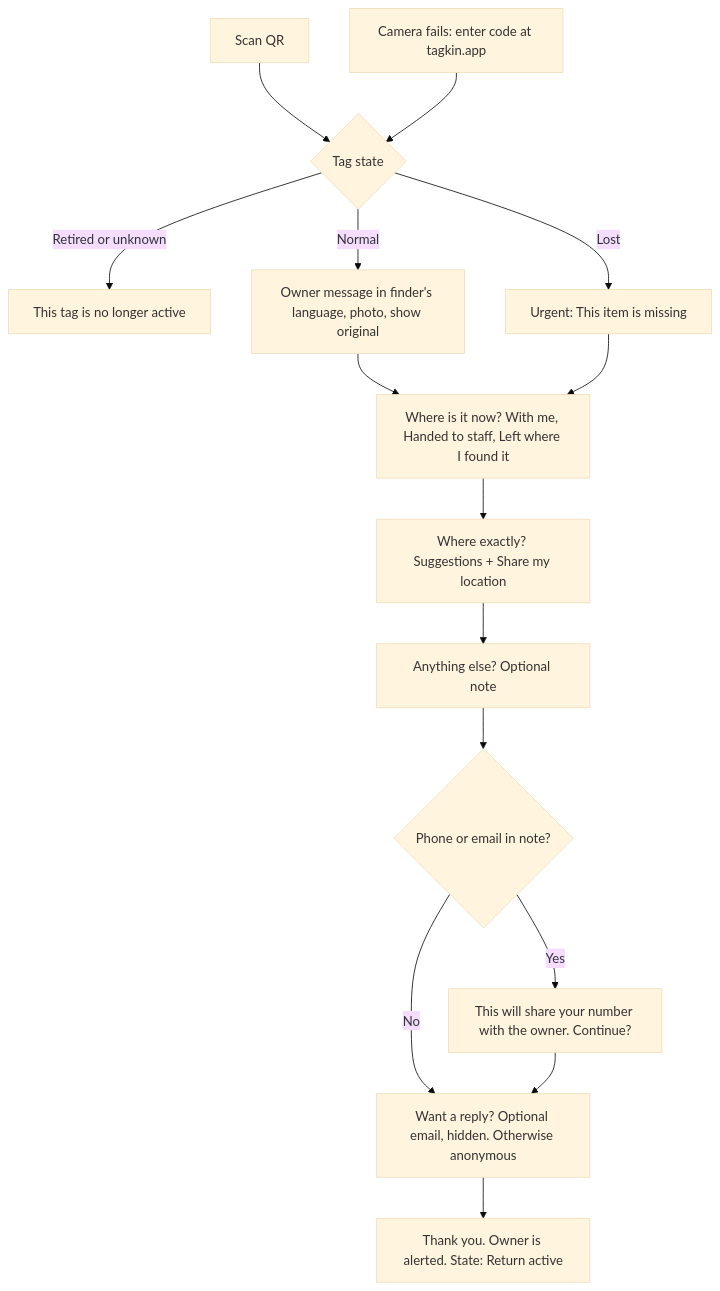
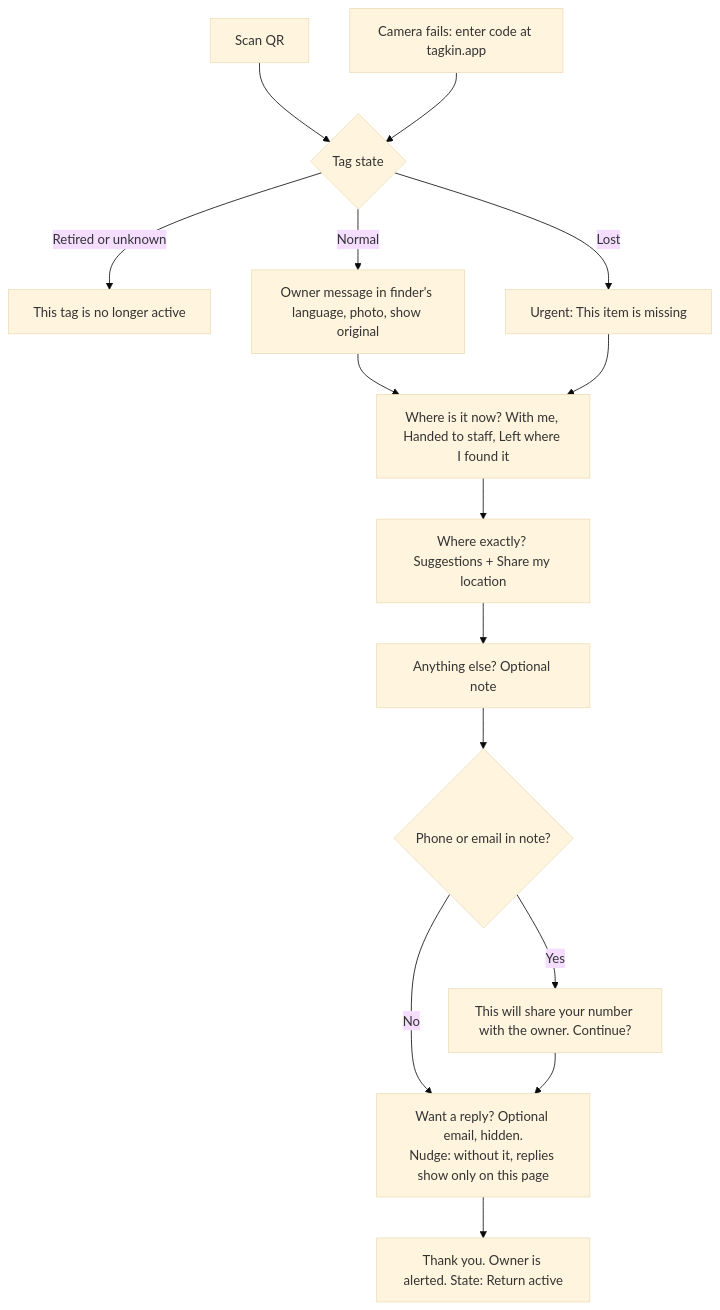
The second of 4 diagrams in docs/USER-FLOWS.md (Selaseyjr/tagkin), drawn with Mermaid (base theme) before and after one commit. The commit also changed other lines of this file and 1 other file, not shown here.

Commit message:
Flow decisions signed off

````diff
--- a/docs/USER-FLOWS.md
+++ b/docs/USER-FLOWS.md
@@ -47,18 +47,18 @@
 ```mermaid
 flowchart TD
   A[Scan QR] --> C
   B[Camera fails: enter code at tagkin.app] --> C
   C{Tag state}
   C -- Retired or unknown --> X[This tag is no longer active]
   C -- Normal --> D[Owner message in finder's language, photo, show original]
   C -- Lost --> E[Urgent: This item is missing]
   D --> F[Where is it now? With me, Handed to staff, Left where I found it]
   E --> F
   F --> G[Where exactly? Suggestions + Share my location]
   G --> H[Anything else? Optional note]
   H --> I{Phone or email in note?}
   I -- Yes --> J[This will share your number with the owner. Continue?]
   I -- No --> K
-  J --> K[Want a reply? Optional email, hidden. Otherwise anonymous]
+  J --> K[Want a reply? Optional email, hidden.<br/>Nudge: without it, replies show only on this page]
   K --> L[Thank you. Owner is alerted. State: Return active]
 ```
````
